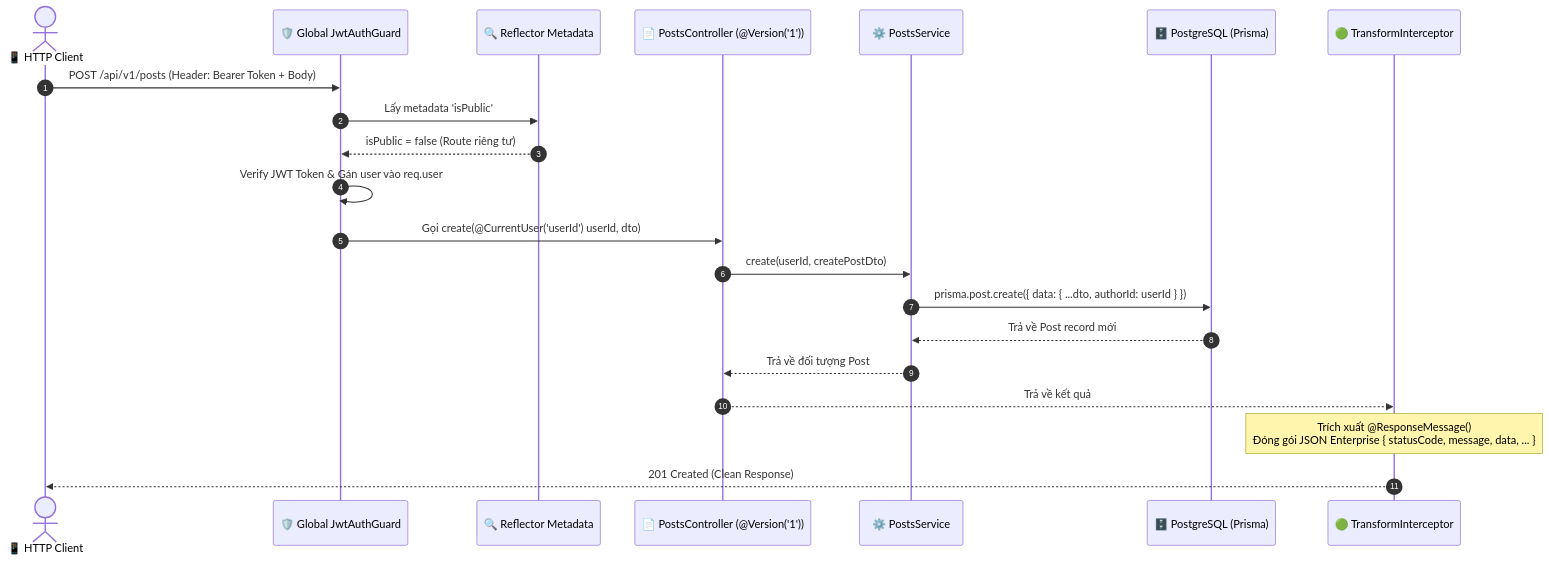
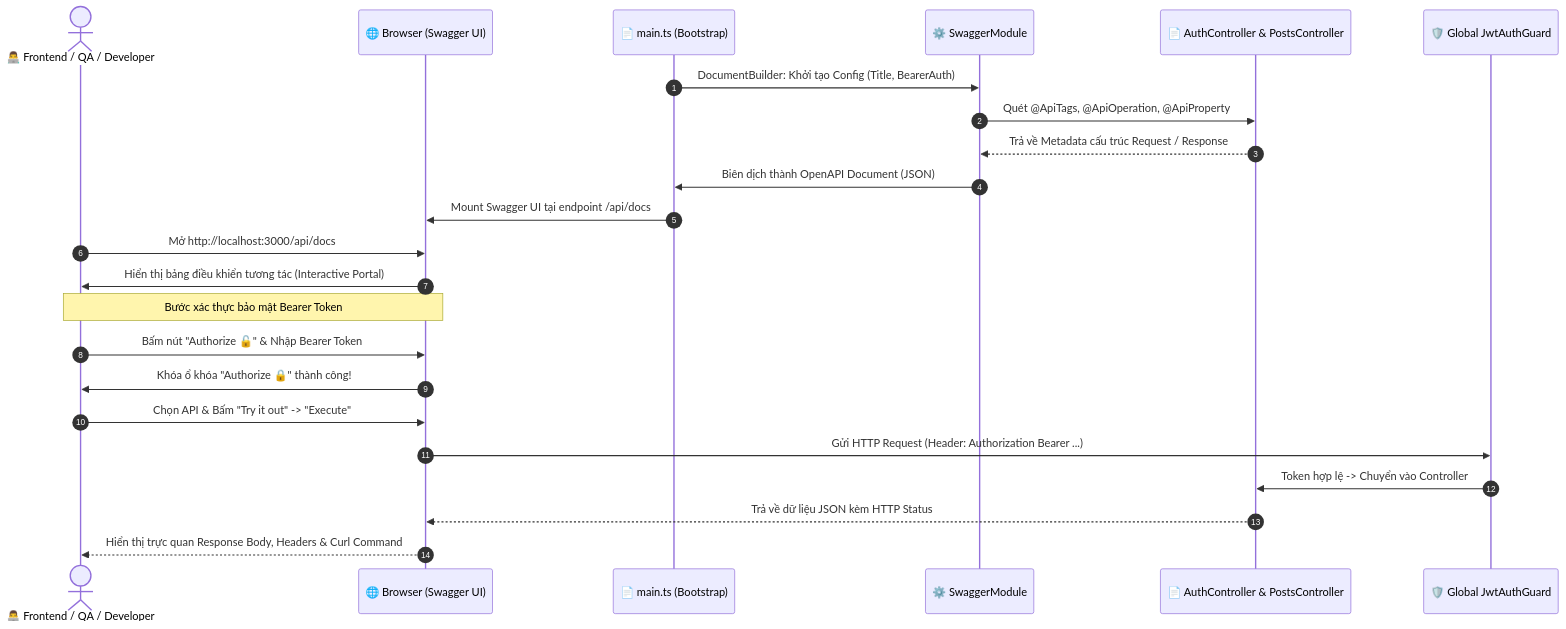
Before and after one commit to thanhmati/nestjs-basic-course: the second of 3 diagrams in docs/modules/module-05/lesson-5.1/lesson-5.1.md, drawn with Mermaid. The commit also changed other lines of this file and 5 other files, not shown here.

Commit message:
feat: reorganize module 5 curriculum and update OpenAPI documentation and assets

````diff
--- a/docs/modules/module-05/lesson-5.1/lesson-5.1.md
+++ b/docs/modules/module-05/lesson-5.1/lesson-5.1.md
@@ -74,25 +75,29 @@
 ```mermaid
 sequenceDiagram
     autonumber
-    actor Client as 📱 HTTP Client
+    actor Dev as 👨‍💻 Frontend / QA / Developer
+    participant Browser as 🌐 Browser (Swagger UI)
+    participant Main as 📄 main.ts (Bootstrap)
+    participant SwaggerMod as ⚙️ SwaggerModule
+    participant Controller as 📄 AuthController & PostsController
     participant Guard as 🛡️ Global JwtAuthGuard
-    participant Reflector as 🔍 Reflector Metadata
-    participant Controller as 📄 PostsController (@Version('1'))
-    participant Service as ⚙️ PostsService
-    participant DB as 🗄️ PostgreSQL (Prisma)
-    participant Interceptor as 🟢 TransformInterceptor
 
-    Client->>Guard: POST /api/v1/posts (Header: Bearer Token + Body)
-    Guard->>Reflector: Lấy metadata 'isPublic'
-    Reflector-->>Guard: isPublic = false (Route riêng tư)
-    Guard->>Guard: Verify JWT Token & Gán user vào req.user
+    Main->>SwaggerMod: DocumentBuilder: Khởi tạo Config (Title, BearerAuth)
+    SwaggerMod->>Controller: Quét @ApiTags, @ApiOperation, @ApiProperty
+    Controller-->>SwaggerMod: Trả về Metadata cấu trúc Request / Response
+    SwaggerMod->>Main: Biên dịch thành OpenAPI Document (JSON)
+    Main->>Browser: Mount Swagger UI tại endpoint /api/docs
 
-    Guard->>Controller: Gọi create(@CurrentUser('userId') userId, dto)
-    Controller->>Service: create(userId, createPostDto)
-    Service->>DB: prisma.post.create({ data: { ...dto, authorId: userId } })
-    DB-->>Service: Trả về Post record mới
-    Service-->>Controller: Trả về đối tượng Post
-    Controller-->>Interceptor: Trả về kết quả
-    Note over Interceptor: Trích xuất @ResponseMessage()<br/>Đóng gói JSON Enterprise { statusCode, message, data, ... }
-    Interceptor-->>Client: 201 Created (Clean Response)
+    Dev->>Browser: Mở http://localhost:3000/api/docs
+    Browser->>Dev: Hiển thị bảng điều khiển tương tác (Interactive Portal)
+
+    Note over Dev,Browser: Bước xác thực bảo mật Bearer Token
+    Dev->>Browser: Bấm nút "Authorize 🔓" & Nhập Bearer Token
+    Browser->>Dev: Khóa ổ khóa "Authorize 🔒" thành công!
+
+    Dev->>Browser: Chọn API & Bấm "Try it out" -> "Execute"
+    Browser->>Guard: Gửi HTTP Request (Header: Authorization Bearer ...)
+    Guard->>Controller: Token hợp lệ -> Chuyển vào Controller
+    Controller-->>Browser: Trả về dữ liệu JSON kèm HTTP Status
+    Browser-->>Dev: Hiển thị trực quan Response Body, Headers & Curl Command
 ```
````
